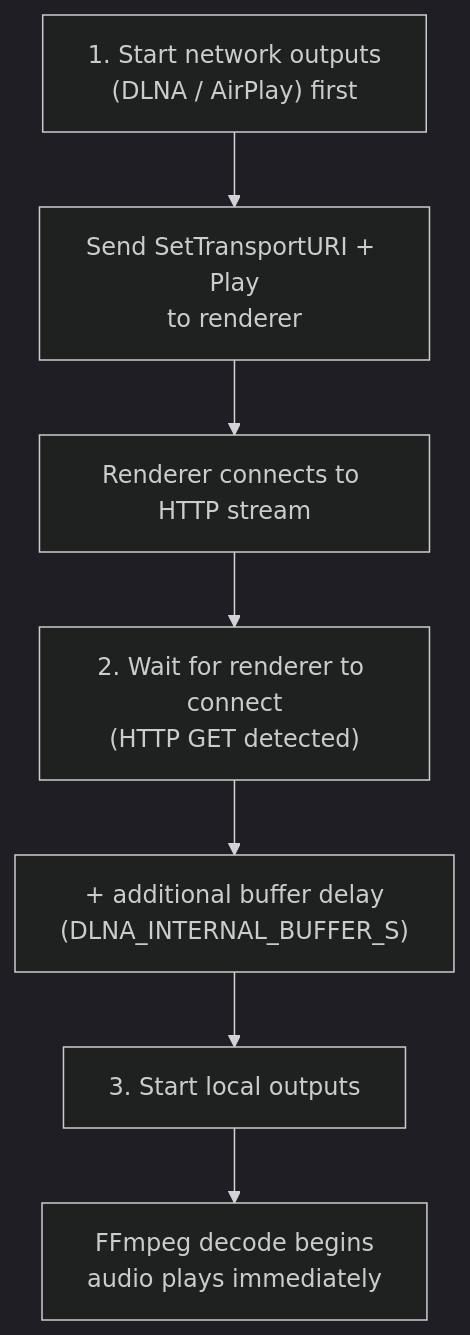
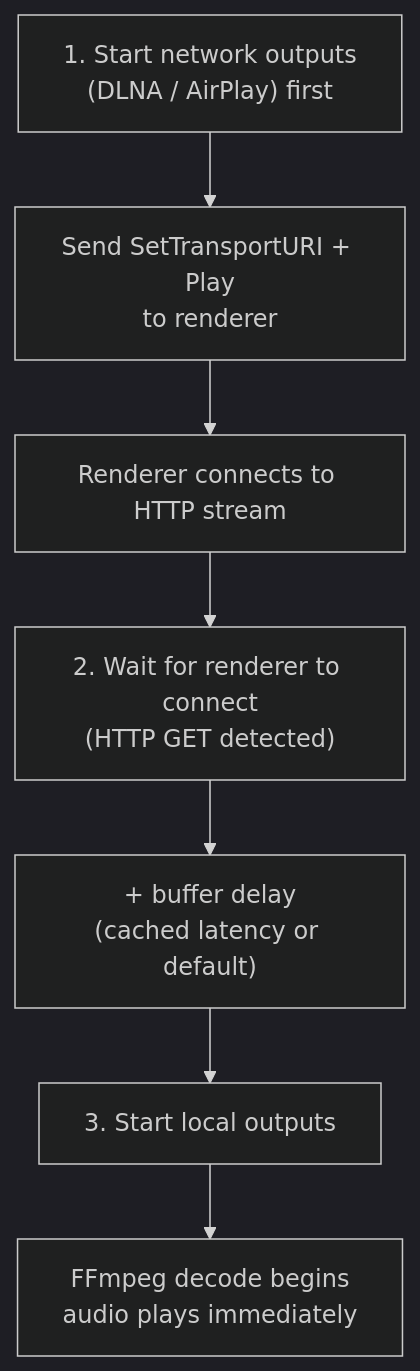
One commit to renesenses/tune-server-linux changed the first of 6 diagrams in docs/multi-room.md. Above: the diagram before and after it, drawn with Mermaid (dark theme). The commit also changed other lines of this file and 16 other files, not shown here.

````diff
--- a/docs/multi-room.md
+++ b/docs/multi-room.md
@@ -37,12 +55,12 @@
 ```mermaid
 flowchart TD
     A["1. Start network outputs<br>(DLNA / AirPlay) first"]
     A1["Send SetTransportURI + Play<br>to renderer"]
     A2["Renderer connects to HTTP stream"]
     B["2. Wait for renderer to connect<br>(HTTP GET detected)"]
-    B1["+ additional buffer delay<br>(DLNA_INTERNAL_BUFFER_S)"]
+    B1["+ buffer delay<br>(cached latency or default)"]
     C["3. Start local outputs"]
     C1["FFmpeg decode begins<br>audio plays immediately"]
 
     A --> A1 --> A2 --> B --> B1 --> C --> C1
 ```
````
